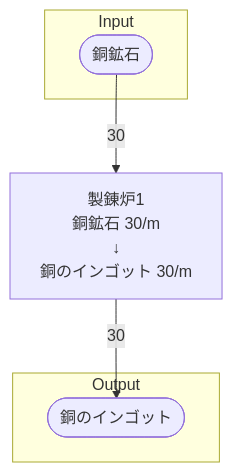
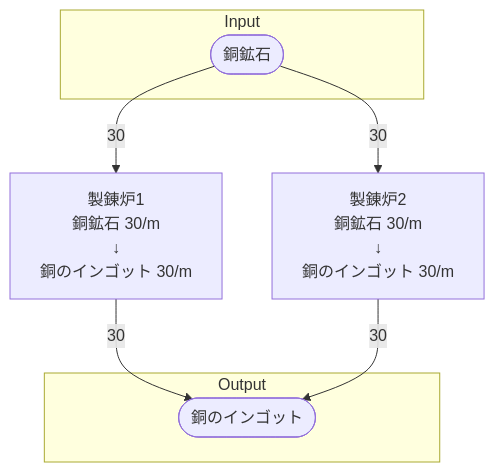
The diagram in 40_FactoryBuilding/初期一時ワイヤー工場/40_個別製造ライン設計書/個別製造ライン設計書_銅のインゴット製造ライン.md (Suzuran-Amano/SatisfactoryTaskEfficiency), drawn with Mermaid before and after one commit. The commit also changed other lines of this file and 7 other files, not shown here.

````diff
--- a/40_FactoryBuilding/初期一時ワイヤー工場/40_個別製造ライン設計書/個別製造ライン設計書_銅のインゴット製造ライン.md
+++ b/40_FactoryBuilding/初期一時ワイヤー工場/40_個別製造ライン設計書/個別製造ライン設計書_銅のインゴット製造ライン.md
@@ -18,24 +18,33 @@
 ```mermaid
 flowchart TD
 
 subgraph Input
     銅鉱石([銅鉱石])
 end
 
 製錬炉1[
     製錬炉1
     銅鉱石 30/m
     ↓
     銅のインゴット 30/m
 ]
 
+製錬炉2[
+    製錬炉2
+    銅鉱石 30/m
+    ↓
+    銅のインゴット 30/m
+]
+
 subgraph Output
     銅のインゴット([銅のインゴット])
 end
 
 
 銅鉱石-->|30|製錬炉1
+銅鉱石-->|30|製錬炉2
 製錬炉1-->|30|銅のインゴット
+製錬炉2-->|30|銅のインゴット
 
 
 ```
````
